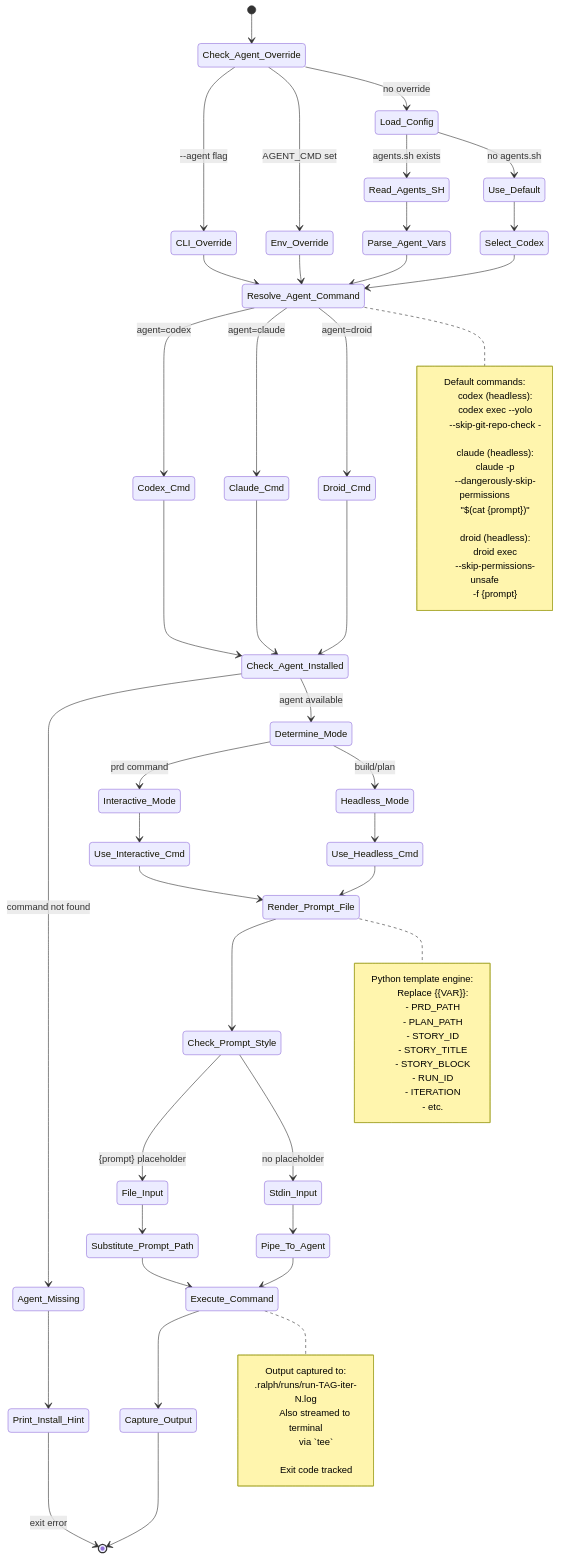
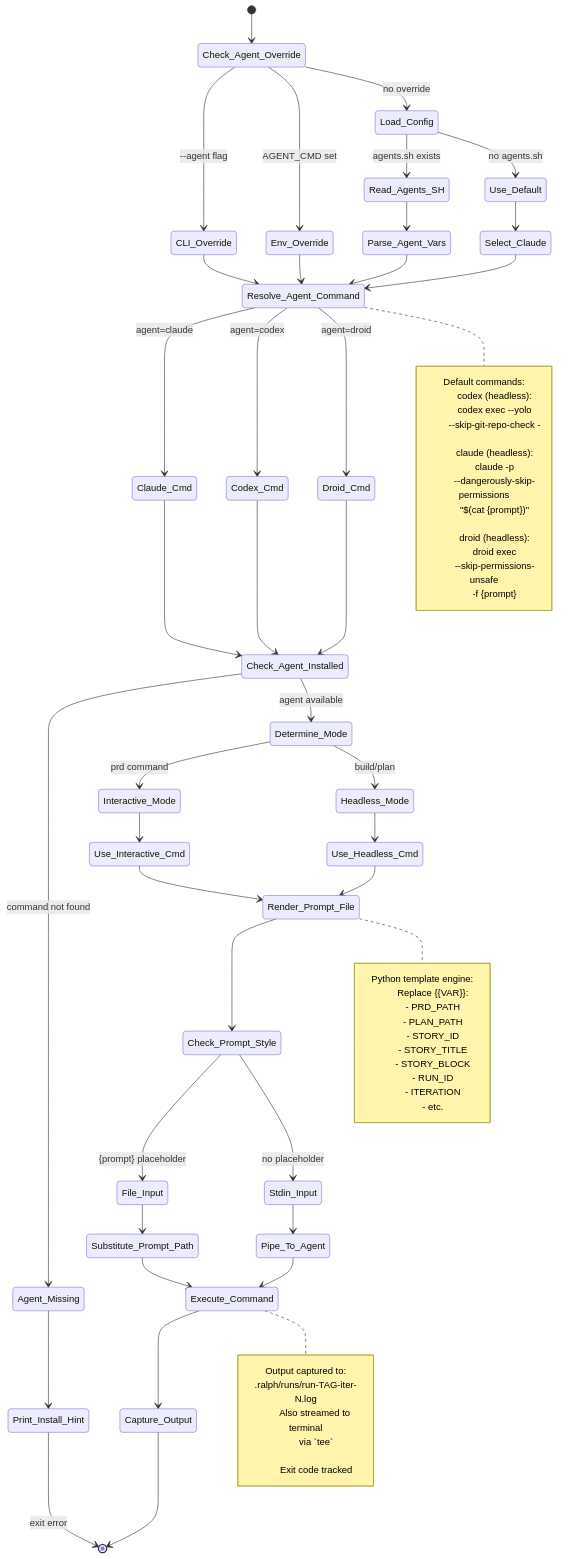
One commit to AskTinNguyen/ralph-cli changed the seventh of 7 diagrams in .agents/ralph/state-machines.md. Above: the diagram before and after it, drawn with Mermaid. The commit also changed other lines of this file and 7 other files, not shown here.

First line of the commit message:
Set Claude Code as default agent across all configurations

```diff
--- a/.agents/ralph/state-machines.md
+++ b/.agents/ralph/state-machines.md
@@ -480,15 +480,15 @@
     Read_Agents_SH --> Parse_Agent_Vars
     Parse_Agent_Vars --> Resolve_Agent_Command
 
-    Use_Default --> Select_Codex
-    Select_Codex --> Resolve_Agent_Command
+    Use_Default --> Select_Claude
+    Select_Claude --> Resolve_Agent_Command
 
+    Resolve_Agent_Command --> Claude_Cmd: agent=claude
     Resolve_Agent_Command --> Codex_Cmd: agent=codex
-    Resolve_Agent_Command --> Claude_Cmd: agent=claude
     Resolve_Agent_Command --> Droid_Cmd: agent=droid
 
+    Claude_Cmd --> Check_Agent_Installed
     Codex_Cmd --> Check_Agent_Installed
-    Claude_Cmd --> Check_Agent_Installed
     Droid_Cmd --> Check_Agent_Installed
 
     Check_Agent_Installed --> Agent_Missing: command not found
```
